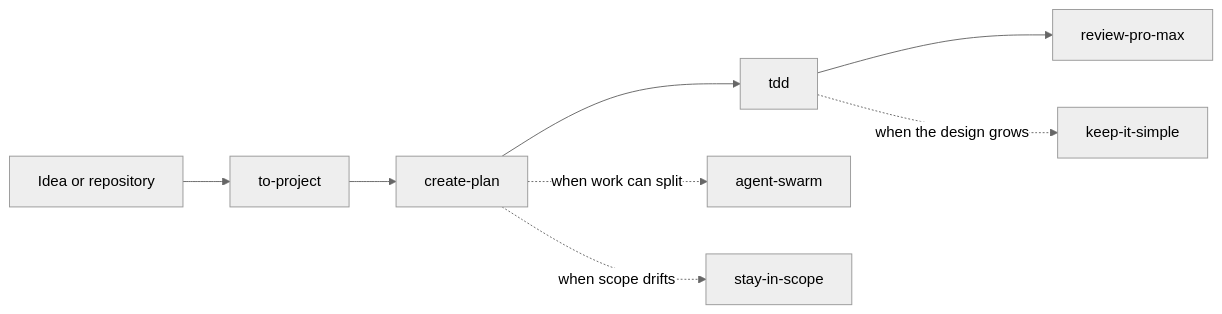
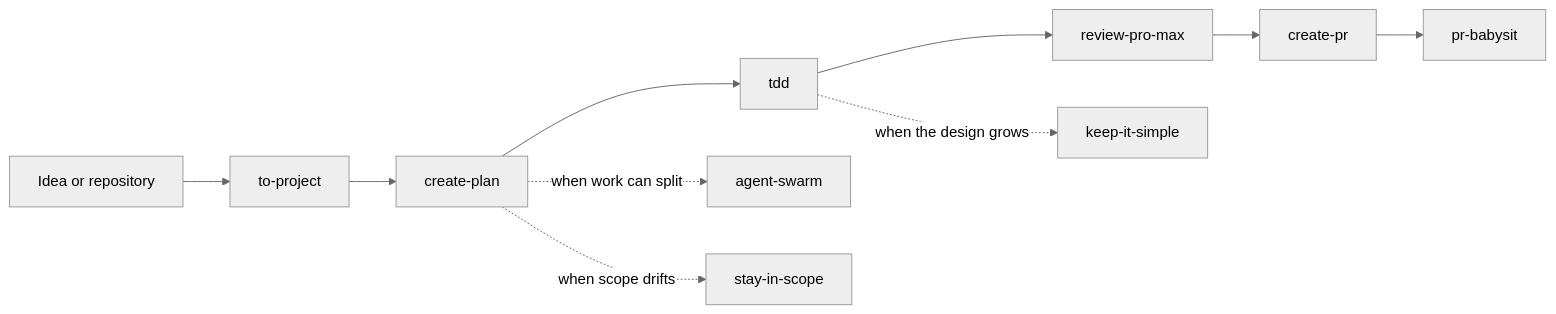
Before and after one commit to tzachbon/srulik-toolkit: the diagram in README.md, drawn with Mermaid (neutral theme). The commit also changed other lines of this file and 7 other files, not shown here.

````diff
--- a/README.md
+++ b/README.md
@@ -93,10 +95,12 @@
 ```mermaid
 flowchart LR
     A["Idea or repository"] --> B["to-project"]
     B --> C["create-plan"]
     C --> D["tdd"]
     D --> E["review-pro-max"]
+    E --> I["create-pr"]
+    I --> J["pr-babysit"]
     C -. "when work can split" .-> F["agent-swarm"]
     C -. "when scope drifts" .-> G["stay-in-scope"]
     D -. "when the design grows" .-> H["keep-it-simple"]
 ```
````
